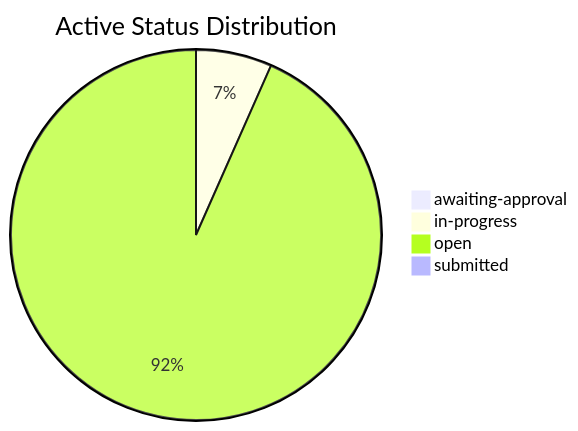
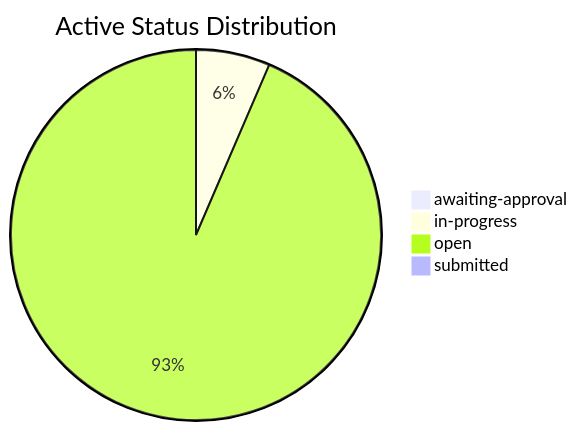
Before and after one commit to mgosal/5et.uk: the second of 3 diagrams in dashboard.md, drawn with Mermaid. The commit also changed other lines of this file and 6 other files, not shown here.

````diff
--- a/dashboard.md
+++ b/dashboard.md
@@ -260,7 +416,7 @@
 ```mermaid
 pie title Active Status Distribution
     "awaiting-approval" : 1
     "in-progress" : 13
-    "open" : 183
+    "open" : 188
     "submitted" : 1
 ```
````
